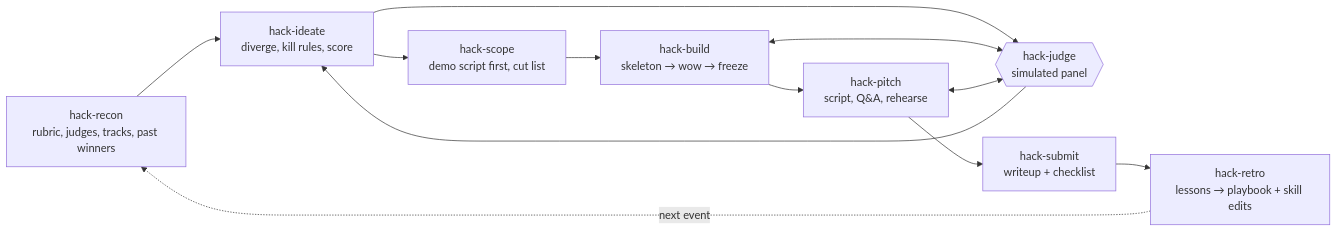
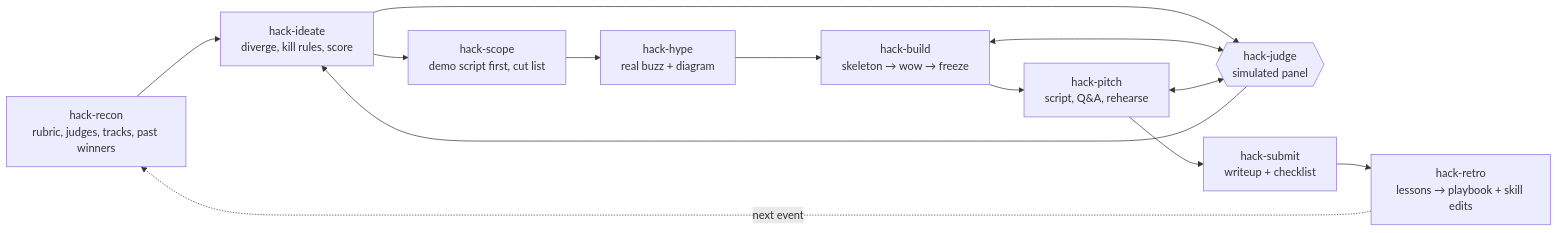
Before and after one commit to ZelinZhu-Richard/hack-hackathon: the diagram in README.md, drawn with Mermaid. The commit also changed other lines of this file and 12 other files, not shown here.

First line of the commit message:
Add hack-hype: real buzz-stack audit + animated architecture diagram

````diff
--- a/README.md
+++ b/README.md
@@ -7,14 +7,15 @@
 ```mermaid
 flowchart LR
     A[hack-recon<br/>rubric, judges, tracks, past winners] --> B[hack-ideate<br/>diverge, kill rules, score]
     B --> J{{hack-judge<br/>simulated panel}}
     J --> B
     B --> C[hack-scope<br/>demo script first, cut list]
-    C --> D[hack-build<br/>skeleton → wow → freeze]
+    C --> H[hack-hype<br/>real buzz + diagram]
+    H --> D[hack-build<br/>skeleton → wow → freeze]
     D <--> J
     D --> E[hack-pitch<br/>script, Q&A, rehearse]
     E <--> J
     E --> F[hack-submit<br/>writeup + checklist]
     F --> G[hack-retro<br/>lessons → playbook + skill edits]
     G -. next event .-> A
 ```
````
